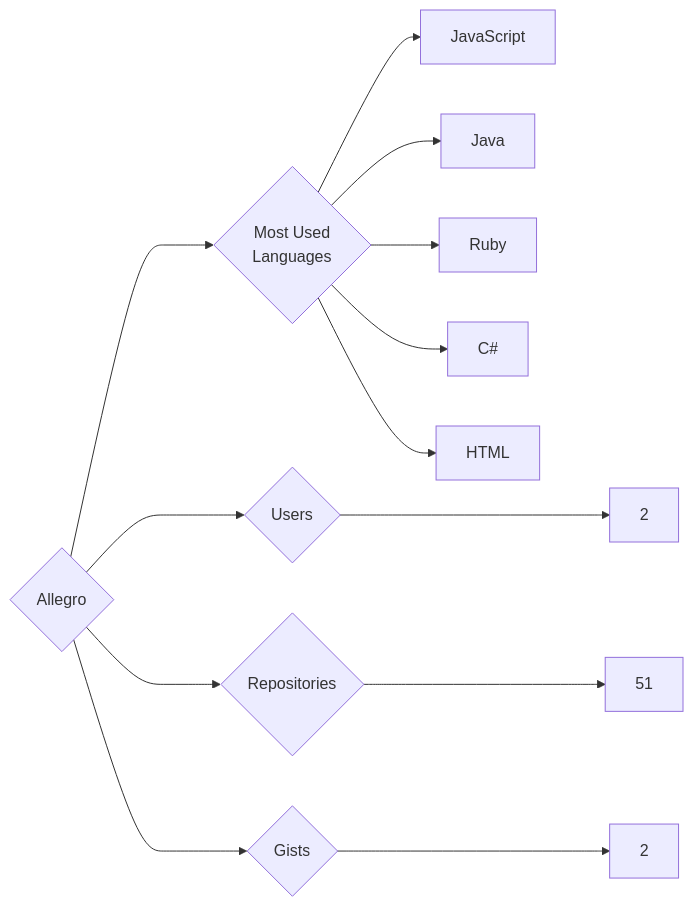
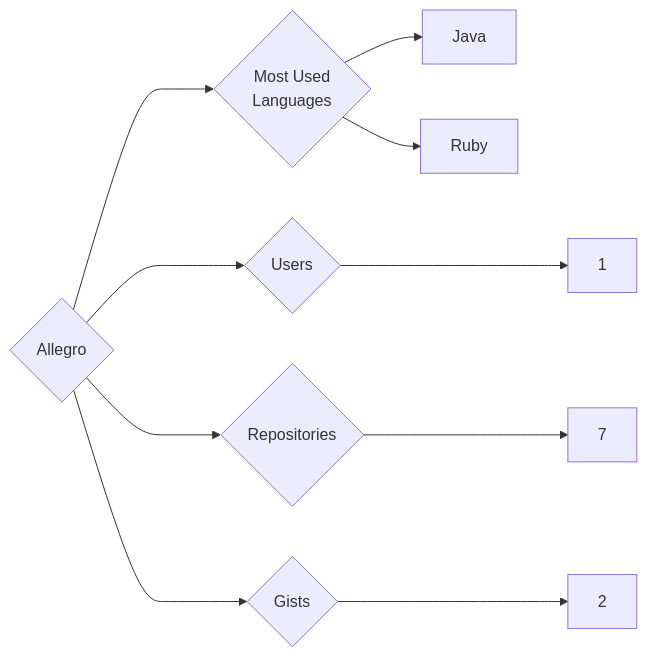
The diagram in targets/Allegro/README.md (trickest/insiders), drawn with Mermaid before and after one commit. The commit also changed 1212 other files, not shown here.

````diff
--- a/targets/Allegro/README.md
+++ b/targets/Allegro/README.md
@@ -3,13 +3,10 @@
 ```mermaid
 graph LR
 COMPANY_NAME{Allegro}
-COMPANY_NAME ---> U{Users} ---> UN[2]
-COMPANY_NAME ---> R{Repositories} ---> RN[51]
+COMPANY_NAME ---> U{Users} ---> UN[1]
+COMPANY_NAME ---> R{Repositories} ---> RN[7]
 COMPANY_NAME ---> G{Gists} ---> GN[2]
 COMPANY_NAME ---> ML{Most Used<br>Languages}
-ML --> JavaScript[JavaScript]
 ML --> Java[Java]
 ML --> Ruby[Ruby]
-ML --> C#[C#]
-ML --> HTML[HTML]
 ```
````
